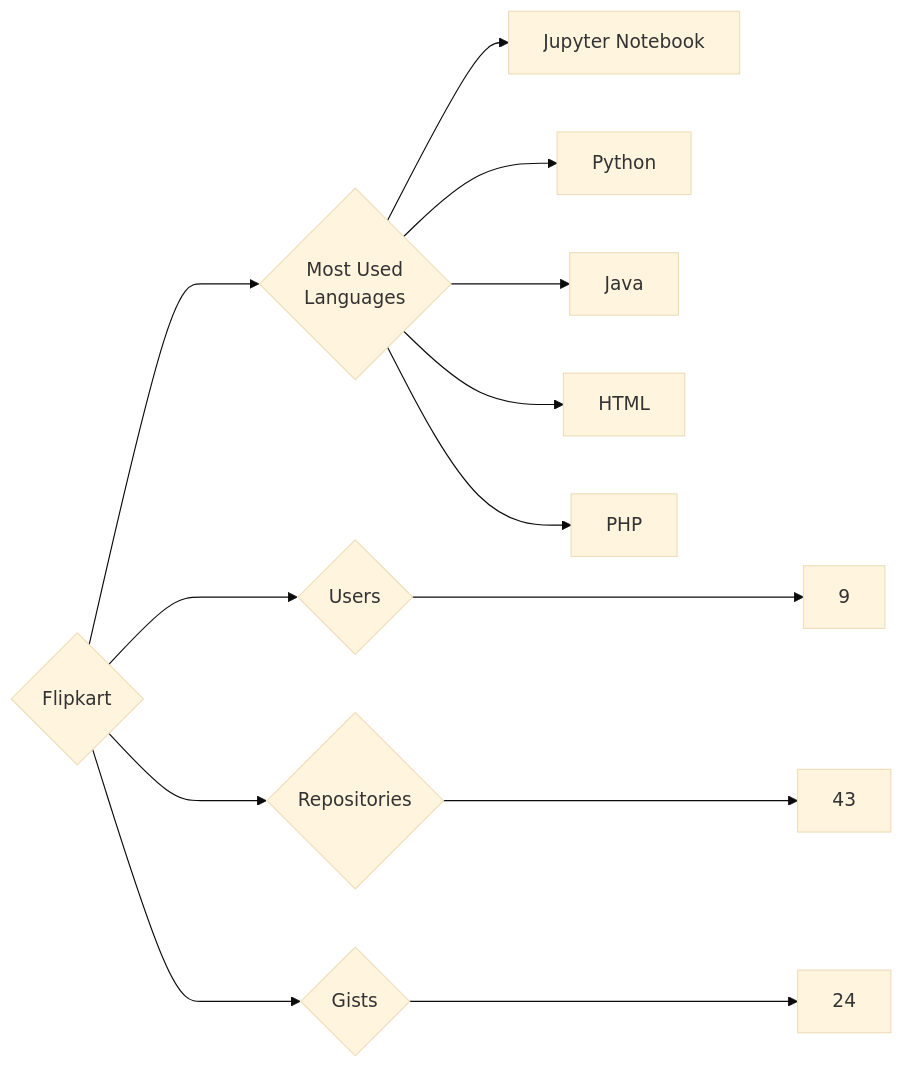
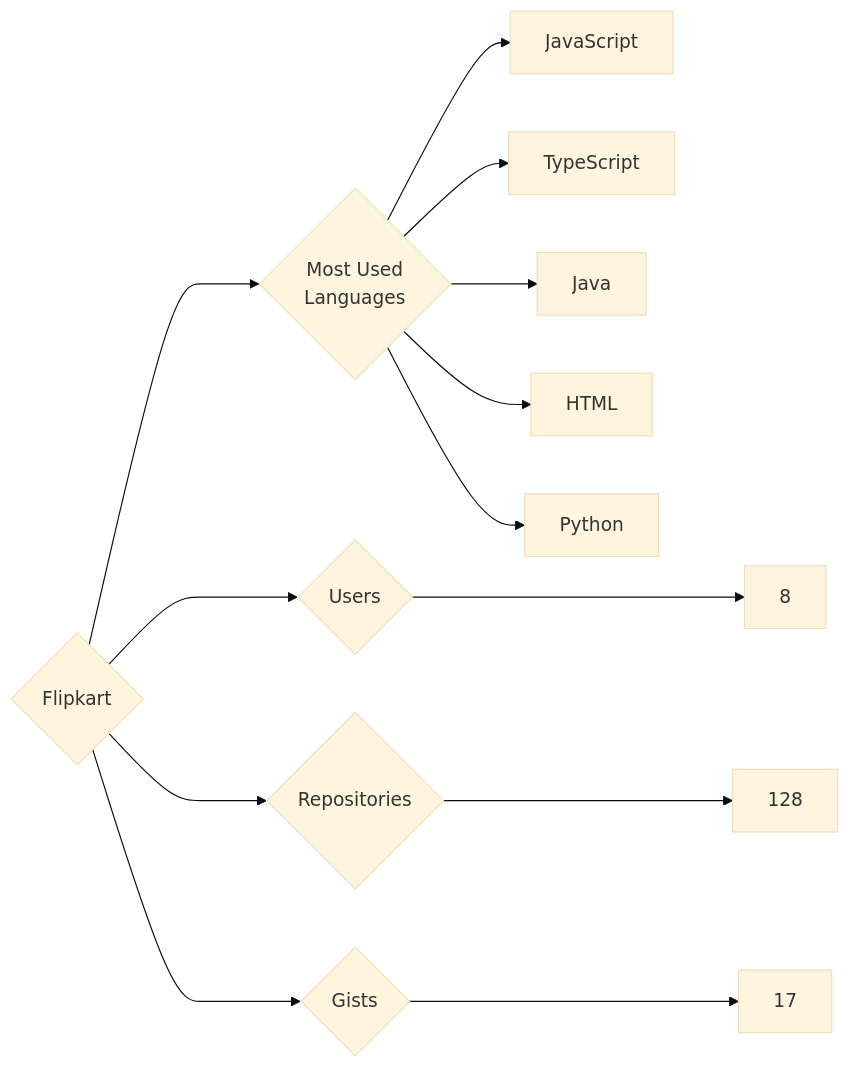
Before and after one commit to trickest/insiders: the diagram in targets/Flipkart/README.md, drawn with Mermaid (base theme). The commit also changed 1212 other files, not shown here.

````diff
--- a/targets/Flipkart/README.md
+++ b/targets/Flipkart/README.md
@@ -3,13 +3,13 @@
 ```mermaid
 graph LR
 COMPANY_NAME{Flipkart}
-COMPANY_NAME ---> U{Users} ---> UN[9]
-COMPANY_NAME ---> R{Repositories} ---> RN[43]
-COMPANY_NAME ---> G{Gists} ---> GN[24]
+COMPANY_NAME ---> U{Users} ---> UN[8]
+COMPANY_NAME ---> R{Repositories} ---> RN[128]
+COMPANY_NAME ---> G{Gists} ---> GN[17]
 COMPANY_NAME ---> ML{Most Used<br>Languages}
-ML --> Jupyter_Notebook[Jupyter Notebook]
-ML --> Python[Python]
+ML --> JavaScript[JavaScript]
+ML --> TypeScript[TypeScript]
 ML --> Java[Java]
 ML --> HTML[HTML]
-ML --> PHP[PHP]
+ML --> Python[Python]
 ```
````
